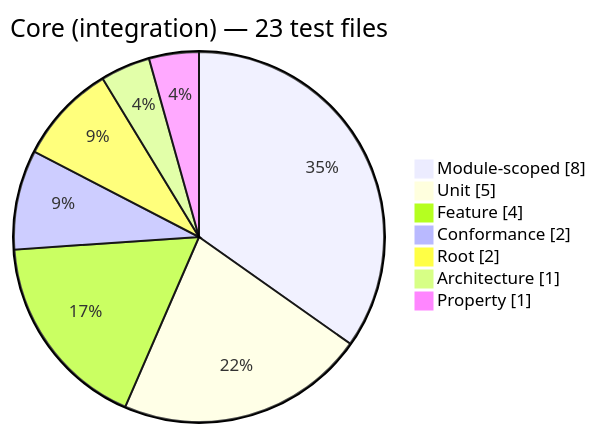
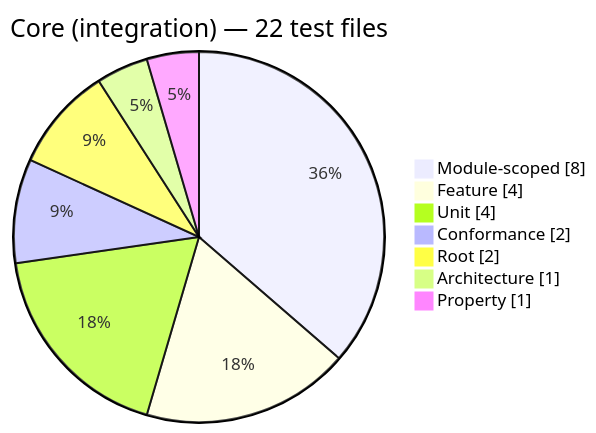
Before and after one commit to Mohammed-Alama/php-arazzo: diagram 12 of 13 in docs/generated/test-composition.md, drawn with Mermaid. The commit also changed other lines of this file and 54 other files, not shown here.

````diff
--- a/docs/generated/test-composition.md
+++ b/docs/generated/test-composition.md
@@ -150,11 +164,11 @@
 ```mermaid
 pie showData
-    title Core (integration) — 23 test files
+    title Core (integration) — 22 test files
     "Module-scoped": 8
-    "Unit": 5
     "Feature": 4
+    "Unit": 4
     "Conformance": 2
     "Root": 2
     "Architecture": 1
     "Property": 1
 ```
````
